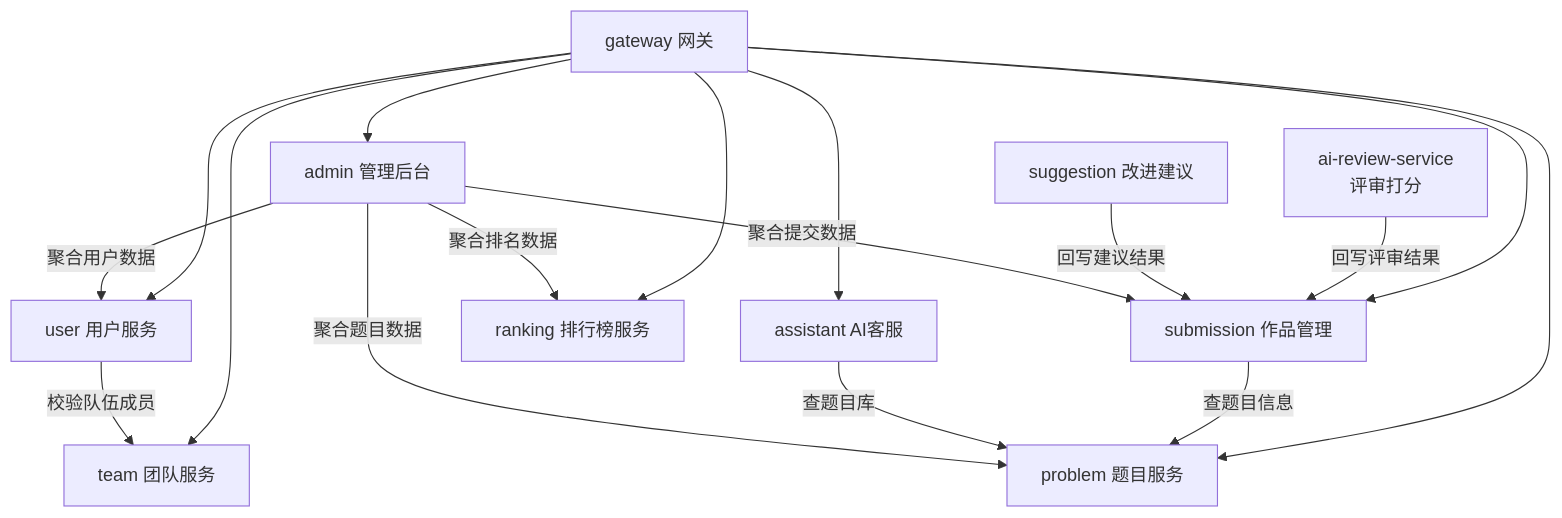
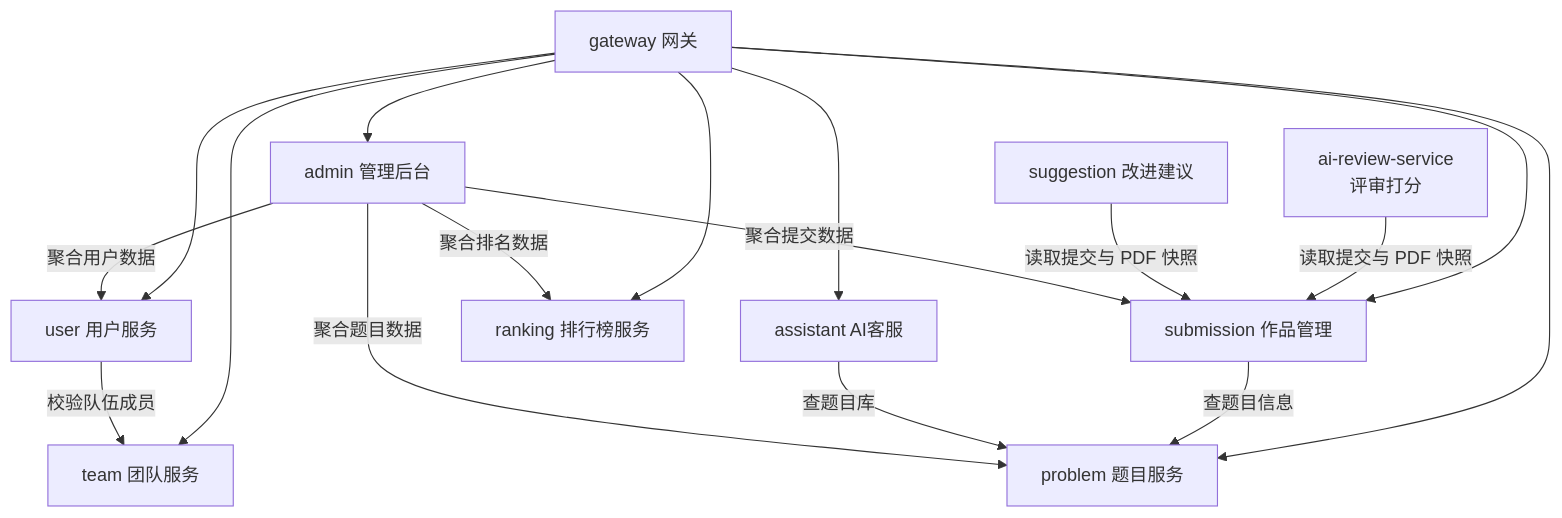
Before and after one commit to Dorian7Alden/LeetModel: the first of 4 diagrams in docs/project/02-架构设计/微服务架构.md, drawn with Mermaid. The commit also changed other lines of this file and 11 other files, not shown here.

````diff
--- a/docs/project/02-架构设计/微服务架构.md
+++ b/docs/project/02-架构设计/微服务架构.md
@@ -93,31 +93,31 @@
 ```mermaid
 graph TD
     GW[gateway 网关]
     USER[user 用户服务]
     TEAM[team 团队服务]
     PROBLEM[problem 题目服务]
     ASSISTANT[assistant AI客服]
     SUBMISSION[submission 作品管理]
     REVIEW[ai-review-service<br/>评审打分]
     SUGGESTION[suggestion 改进建议]
     RANKING[ranking 排行榜服务]
     ADMIN[admin 管理后台]
 
     GW --> USER
     GW --> TEAM
     GW --> PROBLEM
     GW --> ASSISTANT
     GW --> SUBMISSION
     GW --> RANKING
     GW --> ADMIN
 
     USER -->|校验队伍成员| TEAM
     SUBMISSION -->|查题目信息| PROBLEM
     ASSISTANT -->|查题目库| PROBLEM
-    REVIEW -->|回写评审结果| SUBMISSION
-    SUGGESTION -->|回写建议结果| SUBMISSION
+    REVIEW -->|读取提交与 PDF 快照| SUBMISSION
+    SUGGESTION -->|读取提交与 PDF 快照| SUBMISSION
     ADMIN -->|聚合用户数据| USER
     ADMIN -->|聚合题目数据| PROBLEM
     ADMIN -->|聚合提交数据| SUBMISSION
     ADMIN -->|聚合排名数据| RANKING
 ```
````
